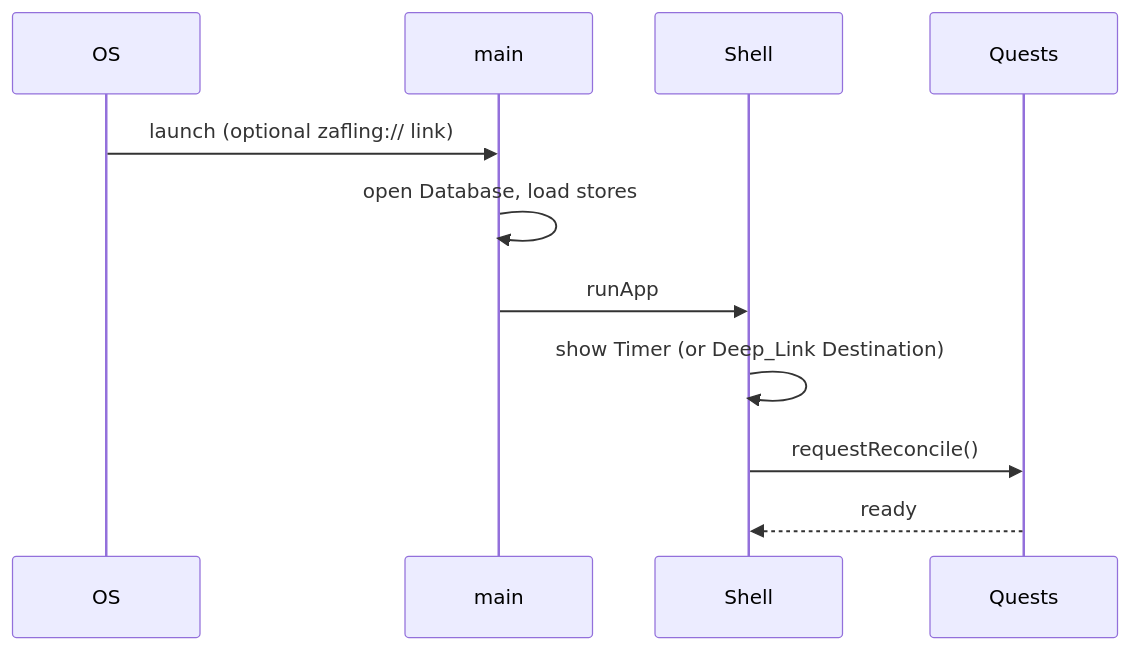
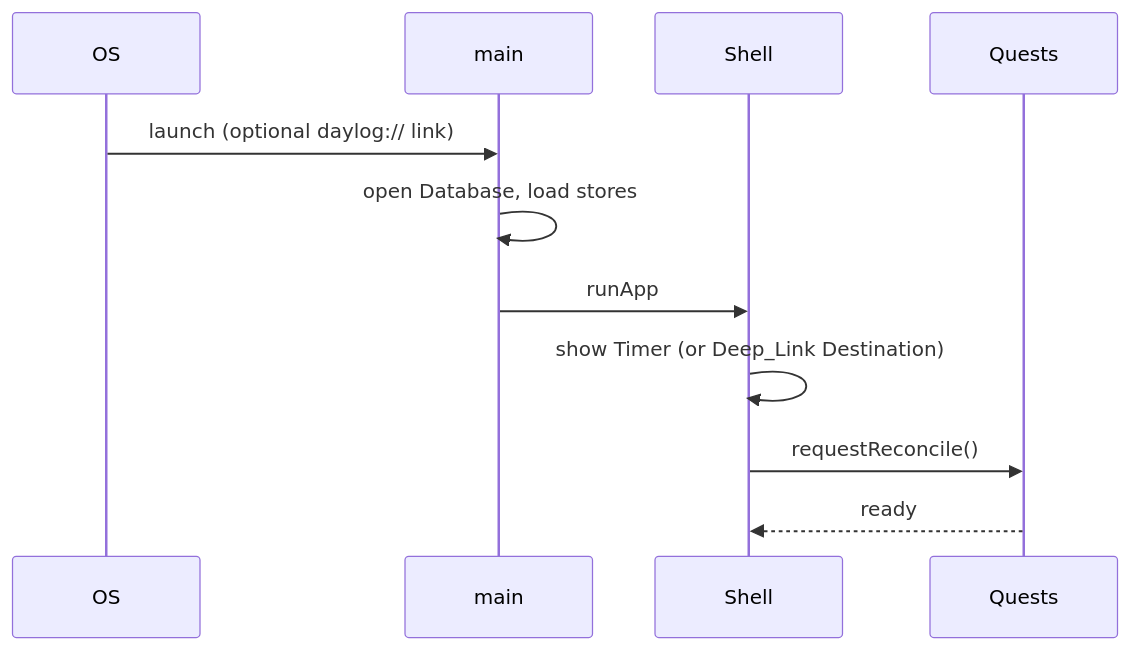
One commit to mjablecnik/DayLog changed the second of 2 diagrams in .kiro/specs/001-app-foundation/design.md. Above: the diagram before and after it, drawn with Mermaid. The commit also changed other lines of this file and 185 other files, not shown here.

````diff
--- a/.kiro/specs/001-app-foundation/design.md
+++ b/.kiro/specs/001-app-foundation/design.md
@@ -40,13 +40,13 @@
 ```mermaid
 sequenceDiagram
     participant OS
     participant main
     participant Shell
     participant Quests
-    OS->>main: launch (optional zafling:// link)
+    OS->>main: launch (optional daylog:// link)
     main->>main: open Database, load stores
     main->>Shell: runApp
     Shell->>Shell: show Timer (or Deep_Link Destination)
     Shell->>Quests: requestReconcile()
     Quests-->>Shell: ready
 ```
````
